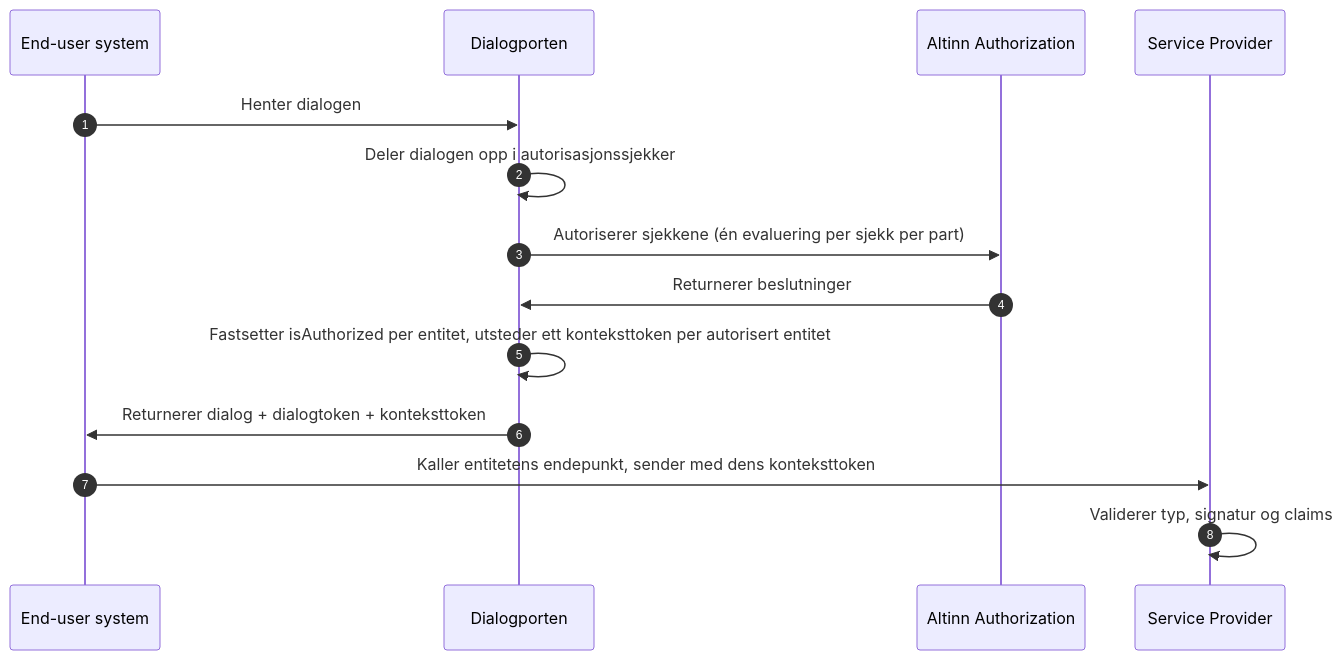
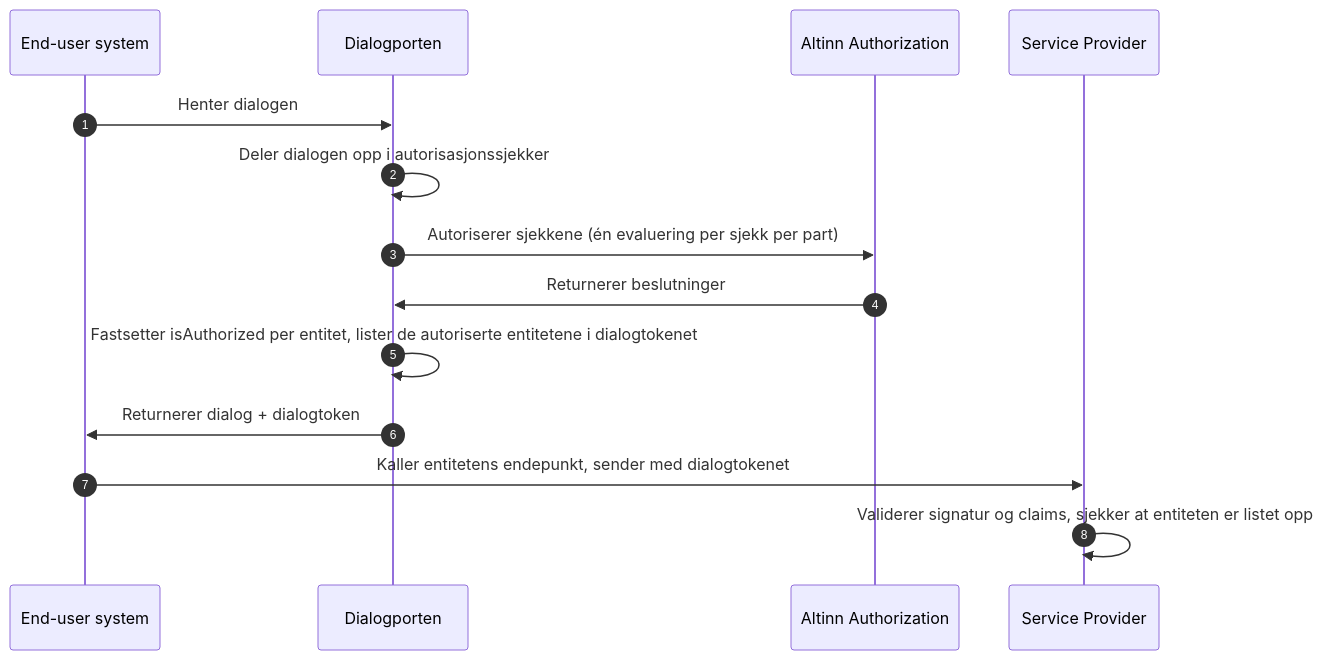
The diagram in content/dialogporten/getting-started/authorization/authorization-contexts/_index.nb.md (Altinn/altinn-studio-docs), drawn with Mermaid before and after one commit. The commit also changed other lines of this file and 20 other files, not shown here.

First line of the commit message:
Replace context tokens with the dialog token's authorized entities claim

```diff
--- a/content/dialogporten/getting-started/authorization/authorization-contexts/_index.nb.md
+++ b/content/dialogporten/getting-started/authorization/authorization-contexts/_index.nb.md
@@ -39,16 +39,16 @@
 {{<mermaid>}}
 sequenceDiagram
 autonumber
 participant SBS as End-user system
 participant DP as Dialogporten
 participant AA as Altinn Authorization
 participant TT as Service Provider
 SBS->>DP: Henter dialogen
 DP->>DP: Deler dialogen opp i autorisasjonssjekker
 DP->>AA: Autoriserer sjekkene (én evaluering per sjekk per part)
 AA->>DP: Returnerer beslutninger
-DP->>DP: Fastsetter isAuthorized per entitet, utsteder ett konteksttoken per autorisert entitet
-DP->>SBS: Returnerer dialog + dialogtoken + konteksttoken
-SBS->>TT: Kaller entitetens endepunkt, sender med dens konteksttoken
-TT->>TT: Validerer typ, signatur og claims
+DP->>DP: Fastsetter isAuthorized per entitet, lister de autoriserte entitetene i dialogtokenet
+DP->>SBS: Returnerer dialog + dialogtoken
+SBS->>TT: Kaller entitetens endepunkt, sender med dialogtokenet
+TT->>TT: Validerer signatur og claims, sjekker at entiteten er listet opp
 {{</mermaid>}}
```
